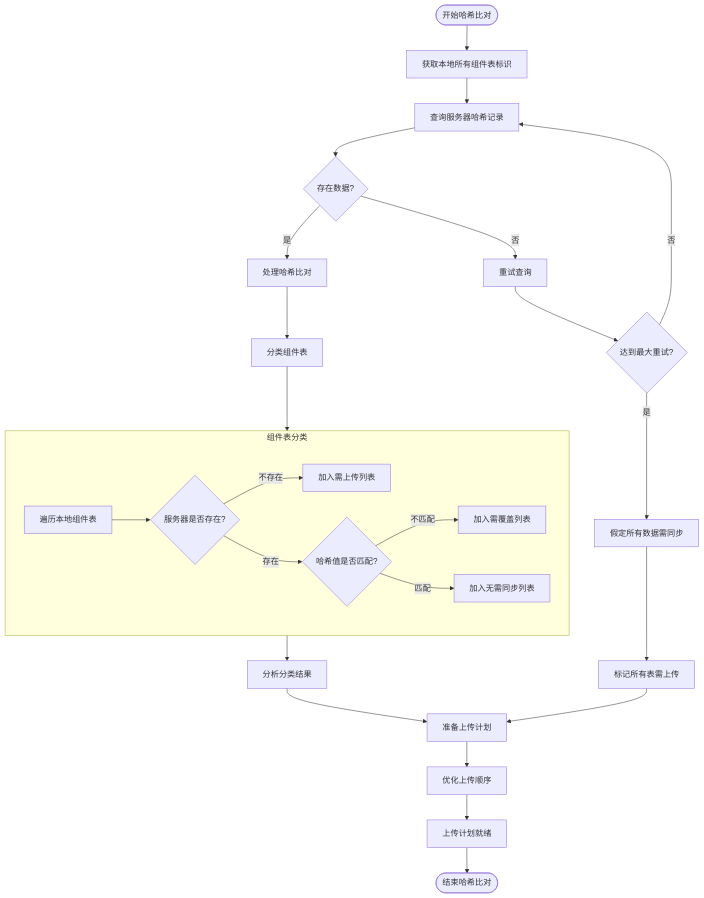
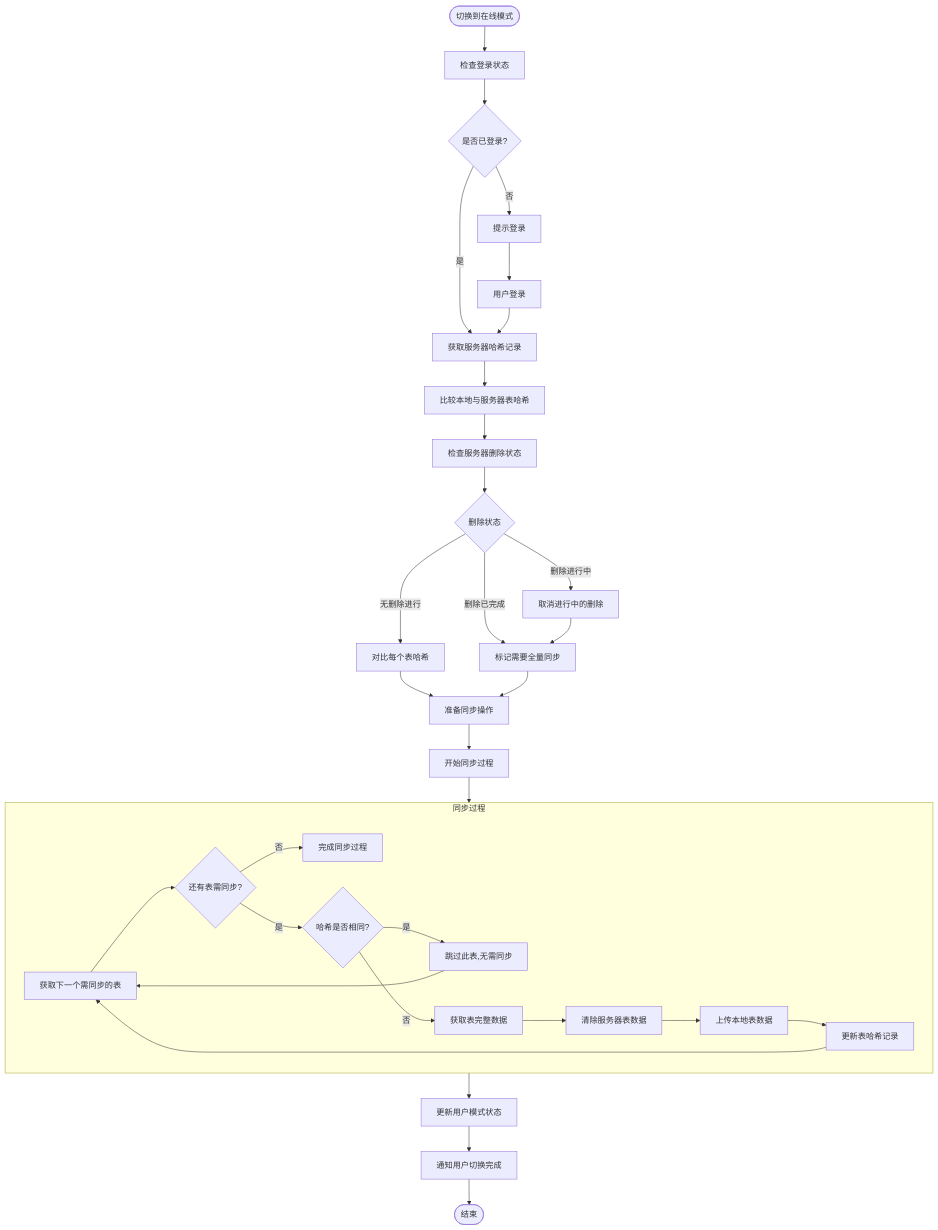
Before and after one commit to yingjianzh/iodraw-files: the diagram in all/未命名-50.md, drawn with Mermaid.

Commit message:
2025-05-08 17:46:25 update

````diff
--- a/all/未命名-50.md
+++ b/all/未命名-50.md
@@ -1,35 +1,49 @@
 ```mermaid
+
 flowchart TD
-    Start([开始哈希比对]) --> GetLocalTables[获取本地所有组件表标识]
-    GetLocalTables --> QueryServer[查询服务器哈希记录]
+    Start([切换到在线模式]) --> CheckLogin[检查登录状态]
+    CheckLogin --> IsLoggedIn{是否已登录?}
     
-    QueryServer --> ServerResponse{存在数据?}
-    ServerResponse -->|是| ProcessHashComparison[处理哈希比对]
-    ServerResponse -->|否| RetryServer[重试查询]
+    IsLoggedIn -->|否| LoginPrompt[提示登录]
+    IsLoggedIn -->|是| FetchServerHashes[获取服务器哈希记录]
     
-    RetryServer --> MaxRetries{达到最大重试?}
-    MaxRetries -->|否| QueryServer
-    MaxRetries -->|是| AssumeAllNew[假定所有数据需同步]
+    LoginPrompt --> UserLogin[用户登录]
+    UserLogin --> FetchServerHashes
     
-    ProcessHashComparison --> CategorizeResults[分类组件表]
+    FetchServerHashes --> CompareTables[比较本地与服务器表哈希]
+    CompareTables --> CheckDeletionStatus[检查服务器删除状态]
     
-    subgraph Categorization [组件表分类]
-        C1[遍历本地组件表] --> C2{服务器是否存在?}
-        C2 -->|不存在| C3[加入需上传列表]
-        C2 -->|存在| C4{哈希值是否匹配?}
-        C4 -->|不匹配| C5[加入需覆盖列表]
-        C4 -->|匹配| C6[加入无需同步列表]
+    CheckDeletionStatus --> DeletionState{删除状态}
+    
+    DeletionState -->|无删除进行| CompareHashes[对比每个表哈希]
+    DeletionState -->|删除进行中| CancelDeletion[取消进行中的删除]
+    DeletionState -->|删除已完成| ForceFullSync[标记需要全量同步]
+    
+    CancelDeletion --> ForceFullSync
+    
+    CompareHashes --> PrepareSync[准备同步操作]
+    ForceFullSync --> PrepareSync
+    
+    PrepareSync --> BeginSyncProcess[开始同步过程]
+    
+    subgraph SyncProcess [同步过程]
+        A[获取下一个需同步的表] --> B{还有表需同步?}
+        B -->|否| CompleteSyncProcess[完成同步过程]
+        B -->|是| C{哈希是否相同?}
+        
+        C -->|是| TablesSkipped[跳过此表,无需同步]
+        C -->|否| D[获取表完整数据]
+        TablesSkipped --> A
+        
+        D --> E[清除服务器表数据]
+        E --> F[上传本地表数据]
+        F --> G[更新表哈希记录]
+        G --> A
     end
     
-    CategorizeResults --> Categorization
-    AssumeAllNew --> FlagAllForUpload[标记所有表需上传]
-    
-    Categorization --> AnalyzeResults[分析分类结果]
-    FlagAllForUpload --> PrepareUploadPlan[准备上传计划]
-    
-    AnalyzeResults --> PrepareUploadPlan
-    PrepareUploadPlan --> OptimizeOrder[优化上传顺序]
-    
-    OptimizeOrder --> PlanReady[上传计划就绪]
-    PlanReady --> End([结束哈希比对])
+    BeginSyncProcess --> SyncProcess
+    SyncProcess --> UpdateModeState[更新用户模式状态]
+    UpdateModeState --> NotifyComplete[通知用户切换完成]
+    NotifyComplete --> End([结束])
+
 ```
````
